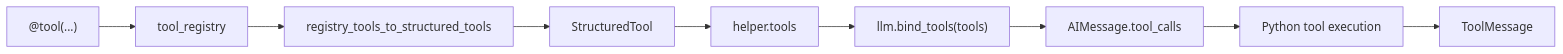
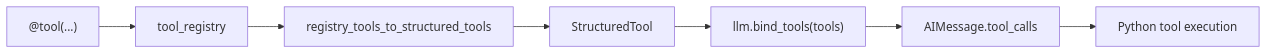
One commit to test-zeus-ai/testzeus-hercules changed the second of 2 diagrams in docs/Migration/ARCHITECTURE.md. Above: the diagram before and after it, drawn with Mermaid. The commit also changed other lines of this file and 4 other files, not shown here.

````diff
--- a/docs/Migration/ARCHITECTURE.md
+++ b/docs/Migration/ARCHITECTURE.md
@@ -75,11 +156,9 @@
 ```mermaid
 flowchart LR
     decorator["@tool(...)"] --> registry["tool_registry"]
     registry --> converter["registry_tools_to_structured_tools"]
     converter --> structured["StructuredTool"]
-    structured --> helper["helper.tools"]
-    helper --> bind["llm.bind_tools(tools)"]
+    structured --> bind["llm.bind_tools(tools)"]
     bind --> calls["AIMessage.tool_calls"]
     calls --> python["Python tool execution"]
-    python --> result["ToolMessage"]
 ```
````
